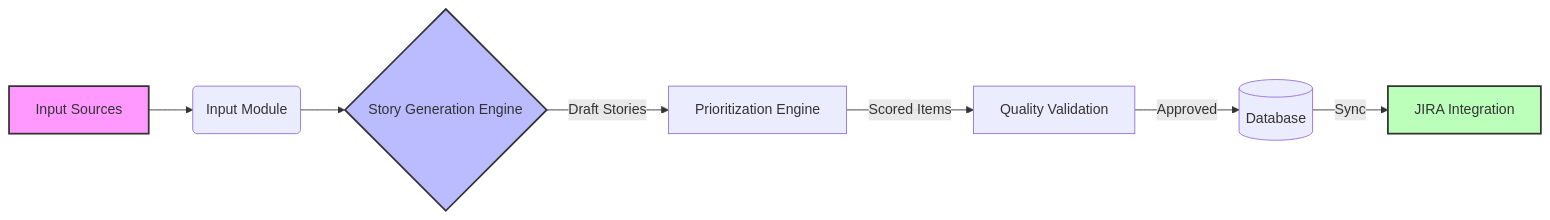
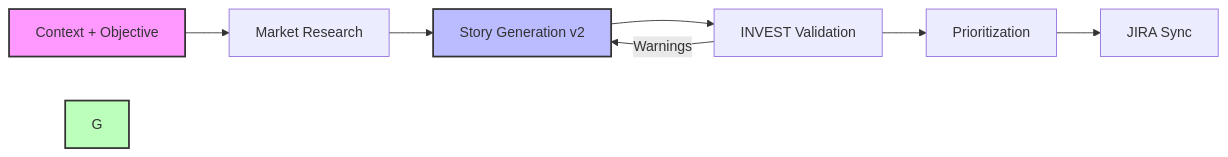
Before and after one commit to winitramesh2/BacklogAI: the diagram in README.md, drawn with Mermaid. The commit also changed other lines of this file and 1 other file, not shown here.

First line of the commit message:
Update architecture and README for v2

````diff
--- a/README.md
+++ b/README.md
@@ -40,13 +40,13 @@
 ```mermaid
 graph LR
-    A[Input Sources] --> B(Input Module)
-    B --> C{Story Generation Engine}
-    C -->|Draft Stories| D[Prioritization Engine]
-    D -->|Scored Items| E[Quality Validation]
-    E -->|Approved| F[(Database)]
-    F -->|Sync| G[JIRA Integration]
+    A[Context + Objective] --> B[Market Research]
+    B --> C[Story Generation v2]
+    C --> D[INVEST Validation]
+    D -->|Warnings| C
+    D --> E[Prioritization]
+    E --> F[JIRA Sync]
     
     style A fill:#f9f,stroke:#333,stroke-width:2px
     style C fill:#bbf,stroke:#333,stroke-width:2px
     style G fill:#bfb,stroke:#333,stroke-width:2px
 ```
````
